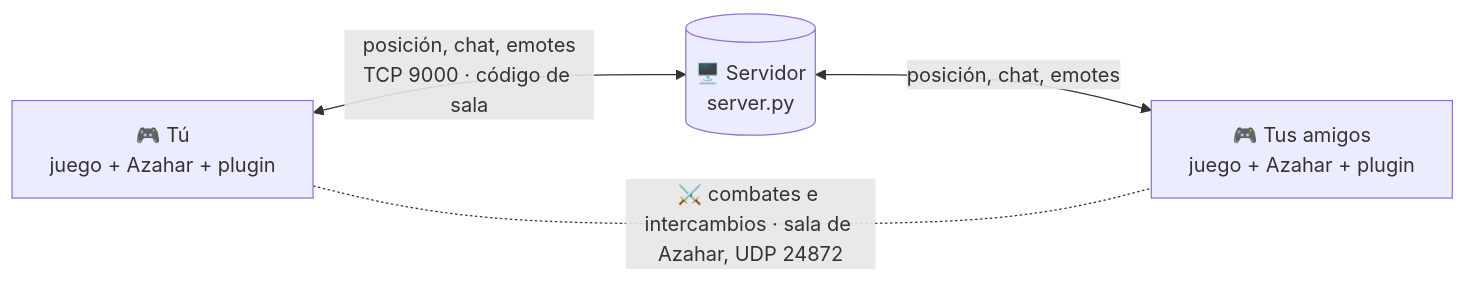
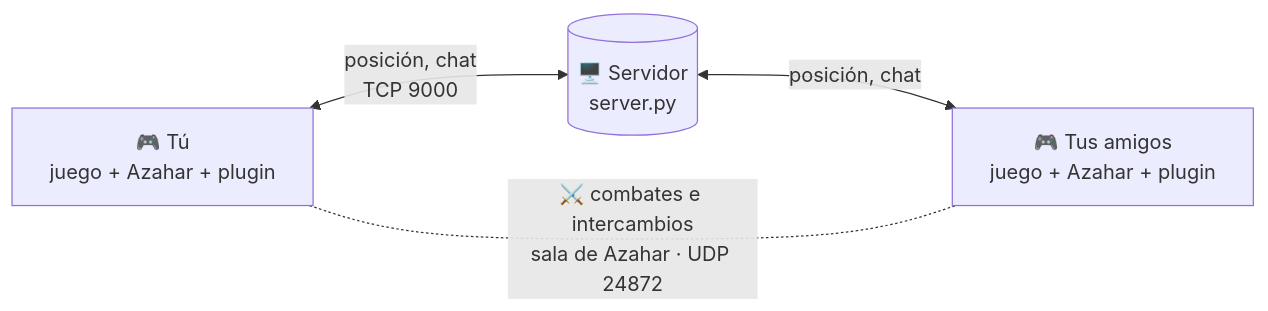
The diagram in README_ES.md (SamuTecYT/ORAS-MMO), drawn with Mermaid before and after one commit. The commit also changed 1 other file, not shown here.

Commit message:
Docs: shorter labels in the how-it-works diagram

````diff
--- a/README_ES.md
+++ b/README_ES.md
@@ -100,6 +100,6 @@
 ```mermaid
 flowchart LR
-    A["🎮 Tú<br/>juego + Azahar + plugin"] <-->|"posición, chat, emotes<br/>TCP 9000 · código de sala"| S[("🖥️ Servidor<br/>server.py")]
-    S <-->|"posición, chat, emotes"| B["🎮 Tus amigos<br/>juego + Azahar + plugin"]
-    A -.-|"⚔️ combates e intercambios · sala de Azahar, UDP 24872"| B
+    A["🎮 Tú<br/>juego + Azahar + plugin"] <-->|"posición, chat<br/>TCP 9000"| S[("🖥️ Servidor<br/>server.py")]
+    S <-->|"posición, chat"| B["🎮 Tus amigos<br/>juego + Azahar + plugin"]
+    A -.-|"⚔️ combates e intercambios<br/>sala de Azahar · UDP 24872"| B
 ```
````
